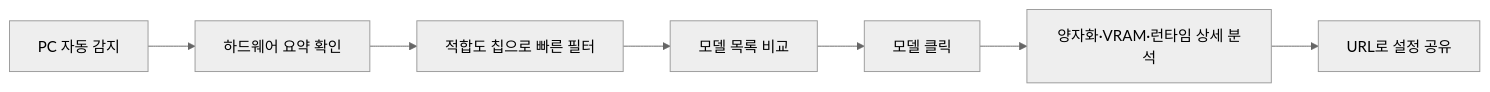
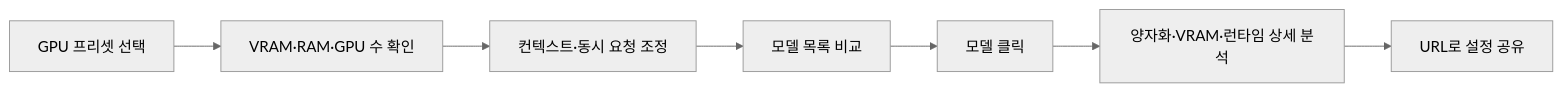
One commit to jaeseok614/llm-gpu-checker-ko changed the first of 3 diagrams in README.md. Above: the diagram before and after it, drawn with Mermaid (neutral theme). The commit also changed other lines of this file and 5 other files, not shown here.

````diff
--- a/README.md
+++ b/README.md
@@ -31,9 +31,9 @@
 ```mermaid
 flowchart LR
-  A[PC 자동 감지] --> B[하드웨어 요약 확인]
-  B --> C[적합도 칩으로 빠른 필터]
+  A[GPU 프리셋 선택] --> B[VRAM·RAM·GPU 수 확인]
+  B --> C[컨텍스트·동시 요청 조정]
   C --> D[모델 목록 비교]
   D --> E[모델 클릭]
   E --> F[양자화·VRAM·런타임 상세 분석]
   F --> G[URL로 설정 공유]
 ```
````
